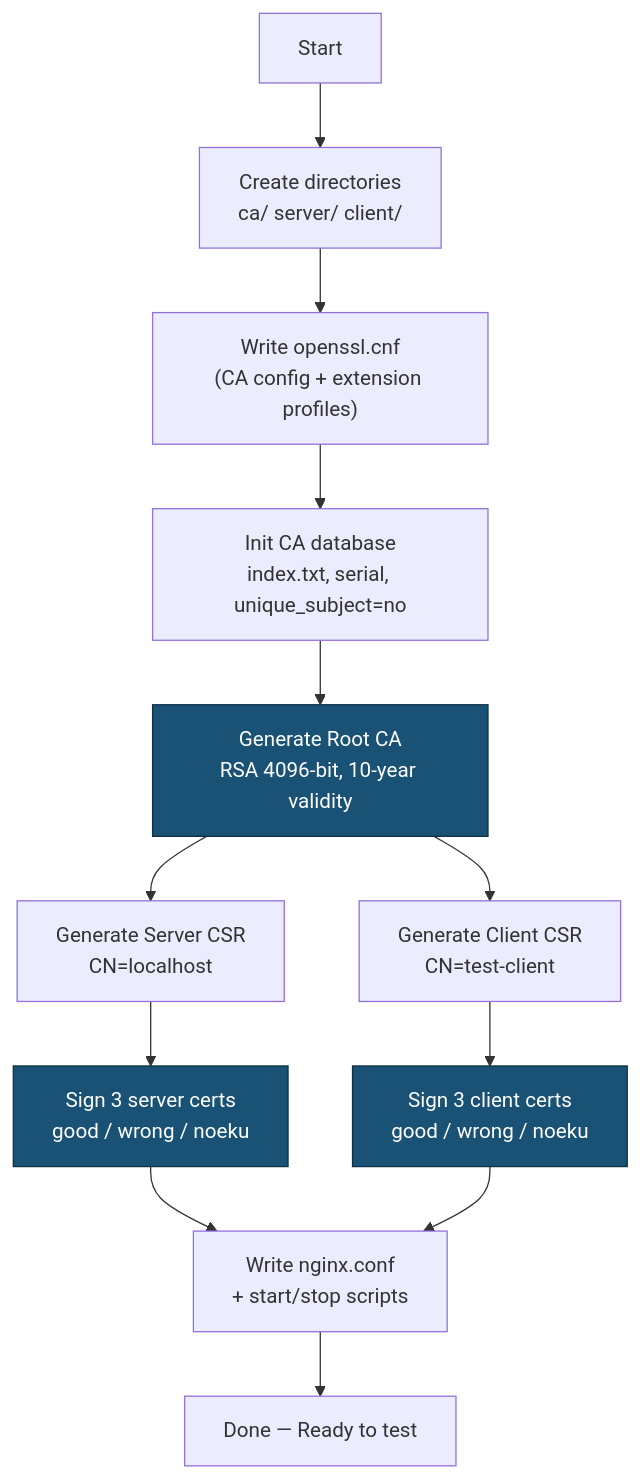
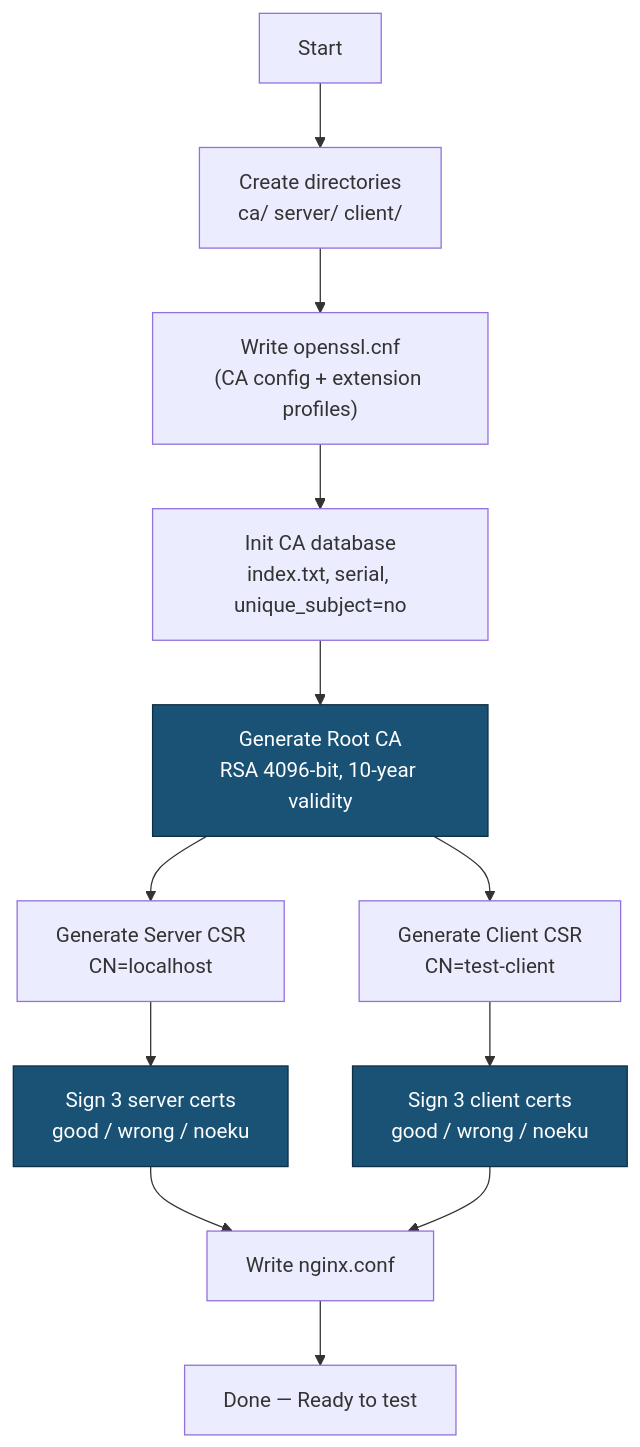
One commit to jaysonv/mtls-lab changed the fifth of 6 diagrams in README.md. Above: the diagram before and after it, drawn with Mermaid. The commit also changed other lines of this file and 2 other files, not shown here.

First line of the commit message:
Use docker run directly — remove generated start/stop scripts

````diff
--- a/README.md
+++ b/README.md
@@ -131,18 +131,18 @@
 ```mermaid
 flowchart TD
     A[Start] --> B["Create directories<br/>ca/ server/ client/"]
     B --> C["Write openssl.cnf<br/>(CA config + extension profiles)"]
     C --> D["Init CA database<br/>index.txt, serial, unique_subject=no"]
     D --> E["Generate Root CA<br/>RSA 4096-bit, 10-year validity"]
     E --> F["Generate Server CSR<br/>CN=localhost"]
     E --> G["Generate Client CSR<br/>CN=test-client"]
     F --> H["Sign 3 server certs<br/>good / wrong / noeku"]
     G --> I["Sign 3 client certs<br/>good / wrong / noeku"]
-    H --> J["Write nginx.conf<br/>+ start/stop scripts"]
+    H --> J["Write nginx.conf"]
     I --> J
     J --> K[Done — Ready to test]
 
     style E fill:#1a5276,stroke:#0e2f44,color:#fff
     style H fill:#1a5276,stroke:#0e2f44,color:#fff
     style I fill:#1a5276,stroke:#0e2f44,color:#fff
 ```
````
